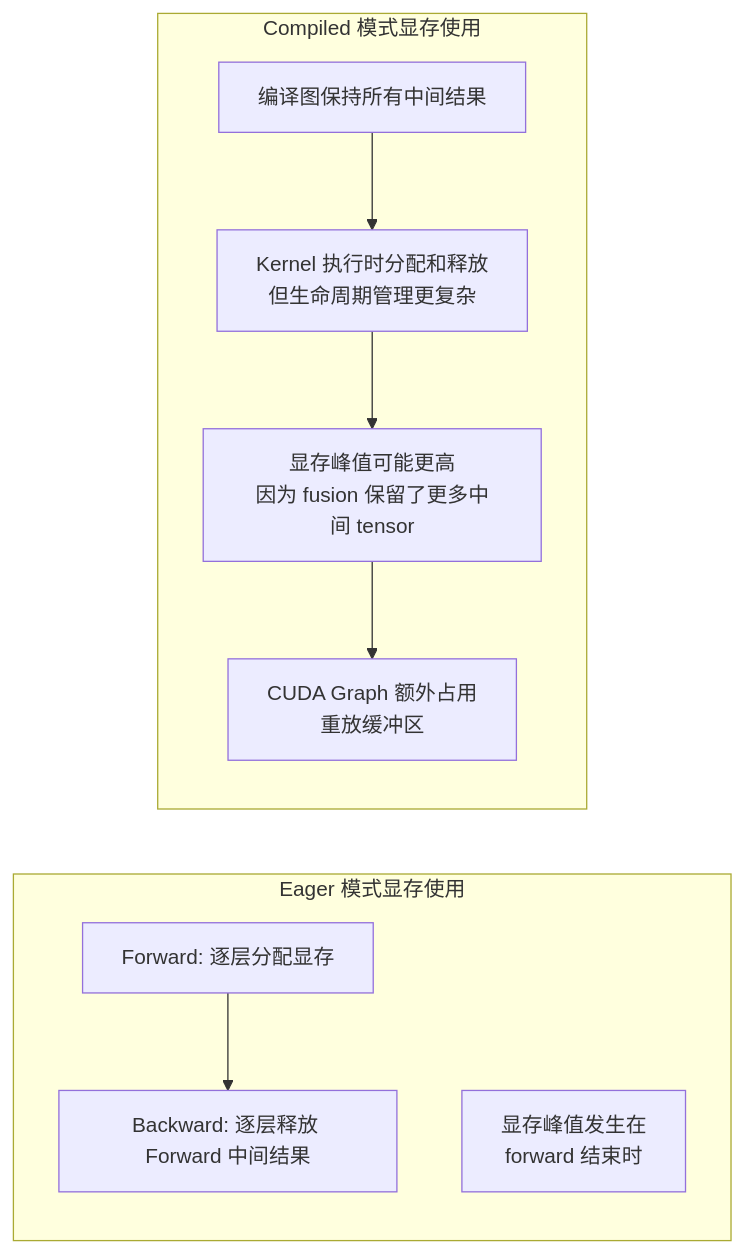
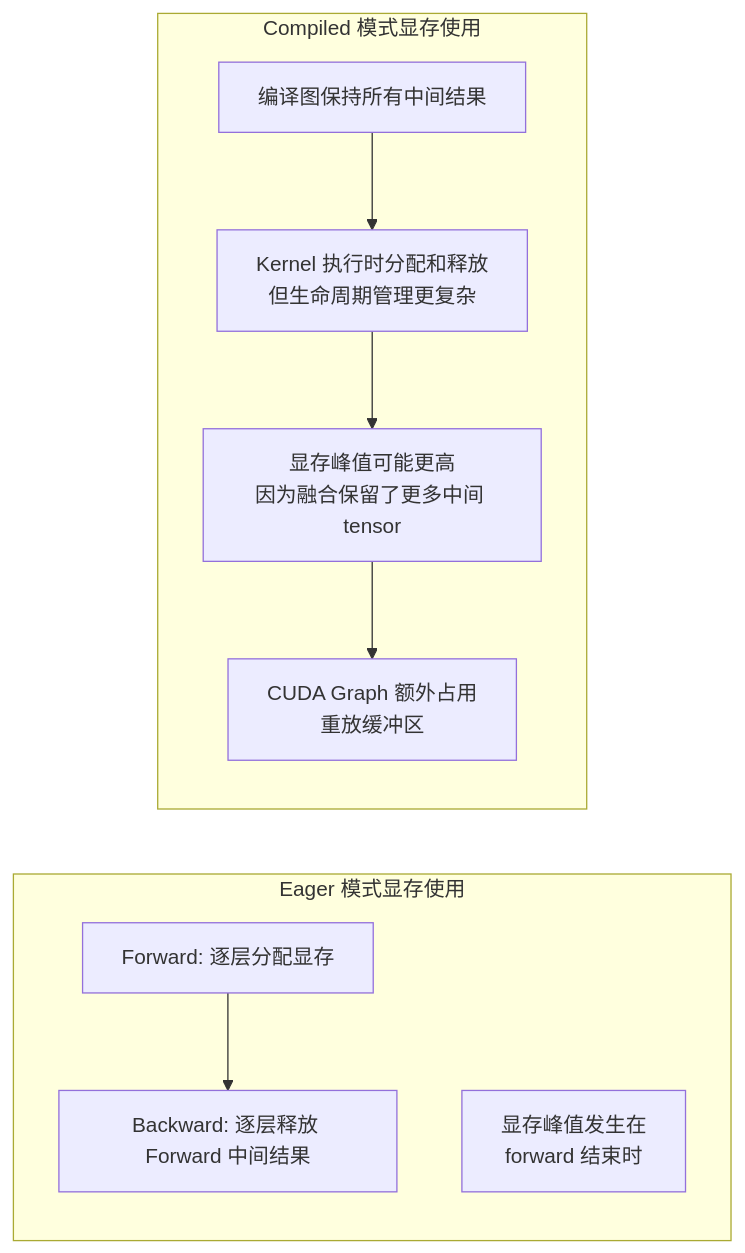
One commit to noisystreet/deep_dive_into_torch_compile changed the second of 2 diagrams in source/chapter_08_debug/06_common_issues.rst. Above: the diagram before and after it, drawn with Mermaid. The commit also changed other lines of this file and 21 other files, not shown here.

```diff
--- a/source/chapter_08_debug/06_common_issues.rst
+++ b/source/chapter_08_debug/06_common_issues.rst
@@ -215,17 +215,17 @@
 .. mermaid::
 
    graph LR
        subgraph EagerMem["Eager 模式显存使用"]
            E1["Forward: 逐层分配显存"]
            E2["Backward: 逐层释放 Forward 中间结果"]
            E3["显存峰值发生在<br/>forward 结束时"]
            E1 --> E2
        end
 
        subgraph CompiledMem["Compiled 模式显存使用"]
            C1["编译图保持所有中间结果"]
            C2["Kernel 执行时分配和释放<br/>但生命周期管理更复杂"]
-           C3["显存峰值可能更高<br/>因为 fusion 保留了更多中间 tensor"]
+           C3["显存峰值可能更高<br/>因为融合保留了更多中间 tensor"]
            C4["CUDA Graph 额外占用<br/>重放缓冲区"]
            C1 --> C2 --> C3 --> C4
        end
```
